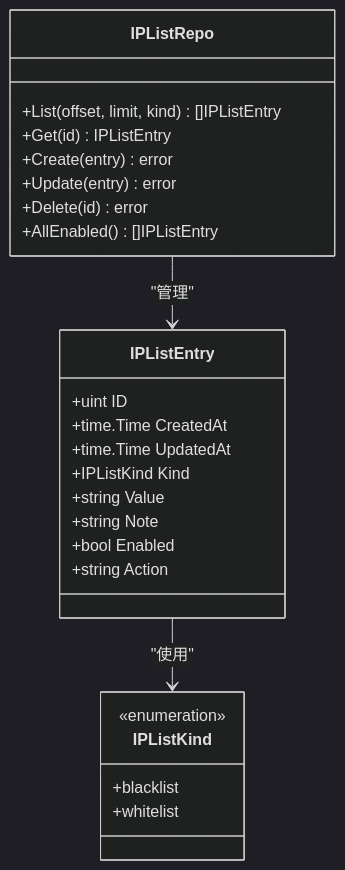
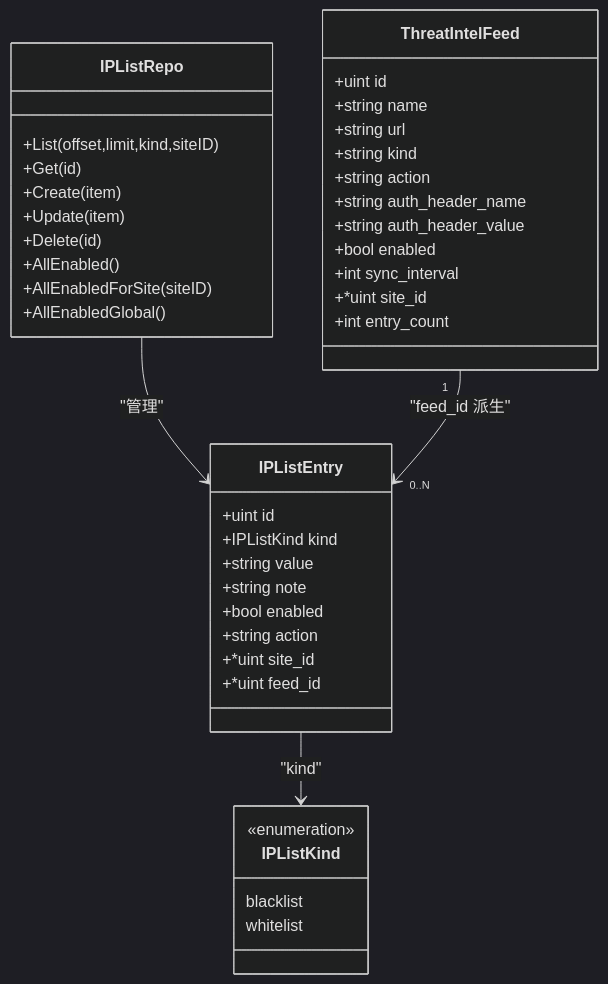
The second of 6 diagrams in docs/管理 API 系统/IP 黑白名单管理 API.md (x01n/My-OpenWaf), drawn with Mermaid (dark theme) before and after one commit. The commit also changed other lines of this file and 622 other files, not shown here.

````diff
--- a/docs/管理 API 系统/IP 黑白名单管理 API.md
+++ b/docs/管理 API 系统/IP 黑白名单管理 API.md
@@ -91,28 +122,44 @@
 ```mermaid
 classDiagram
 class IPListEntry {
-+uint ID
-+time.Time CreatedAt
-+time.Time UpdatedAt
-+IPListKind Kind
-+string Value
-+string Note
-+bool Enabled
-+string Action
++uint id
++IPListKind kind
++string value
++string note
++bool enabled
++string action
++*uint site_id
++*uint feed_id
 }
 class IPListKind {
 <<enumeration>>
-+blacklist
-+whitelist
+blacklist
+whitelist
 }
 class IPListRepo {
-+List(offset, limit, kind) []IPListEntry
-+Get(id) IPListEntry
-+Create(entry) error
-+Update(entry) error
-+Delete(id) error
-+AllEnabled() []IPListEntry
++List(offset,limit,kind,siteID)
++Get(id)
++Create(item)
++Update(item)
++Delete(id)
++AllEnabled()
++AllEnabledForSite(siteID)
++AllEnabledGlobal()
 }
-IPListEntry --> IPListKind : "使用"
+class ThreatIntelFeed {
++uint id
++string name
++string url
++string kind
++string action
++string auth_header_name
++string auth_header_value
++bool enabled
++int sync_interval
++*uint site_id
++int entry_count
+}
+IPListEntry --> IPListKind : "kind"
 IPListRepo --> IPListEntry : "管理"
+ThreatIntelFeed "1" --> "0..N" IPListEntry : "feed_id 派生"
 ```
````
